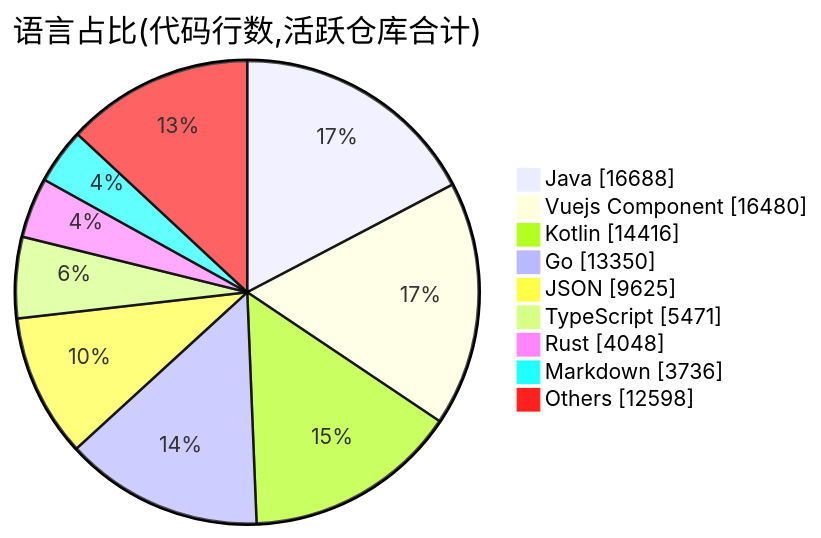
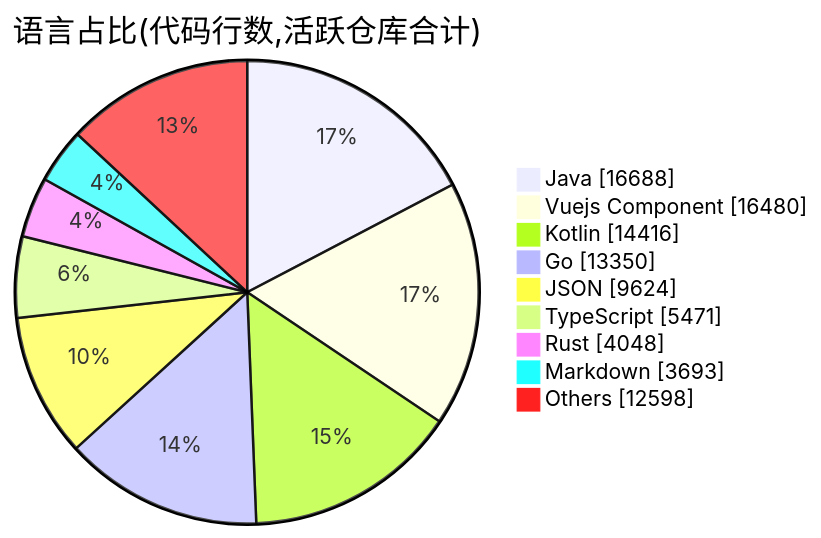
One commit to Conflux-Union/.github changed the second of 2 diagrams in profile/README.md. Above: the diagram before and after it, drawn with Mermaid. The commit also changed other lines of this file and 1 other file, not shown here.

````diff
--- a/profile/README.md
+++ b/profile/README.md
@@ -74,13 +74,13 @@
 ```mermaid
 pie showData
     title 语言占比(代码行数,活跃仓库合计)
     "Java" : 16688
     "Vuejs Component" : 16480
     "Kotlin" : 14416
     "Go" : 13350
-    "JSON" : 9625
+    "JSON" : 9624
     "TypeScript" : 5471
     "Rust" : 4048
-    "Markdown" : 3736
+    "Markdown" : 3693
     "Others" : 12598
 ```
````
